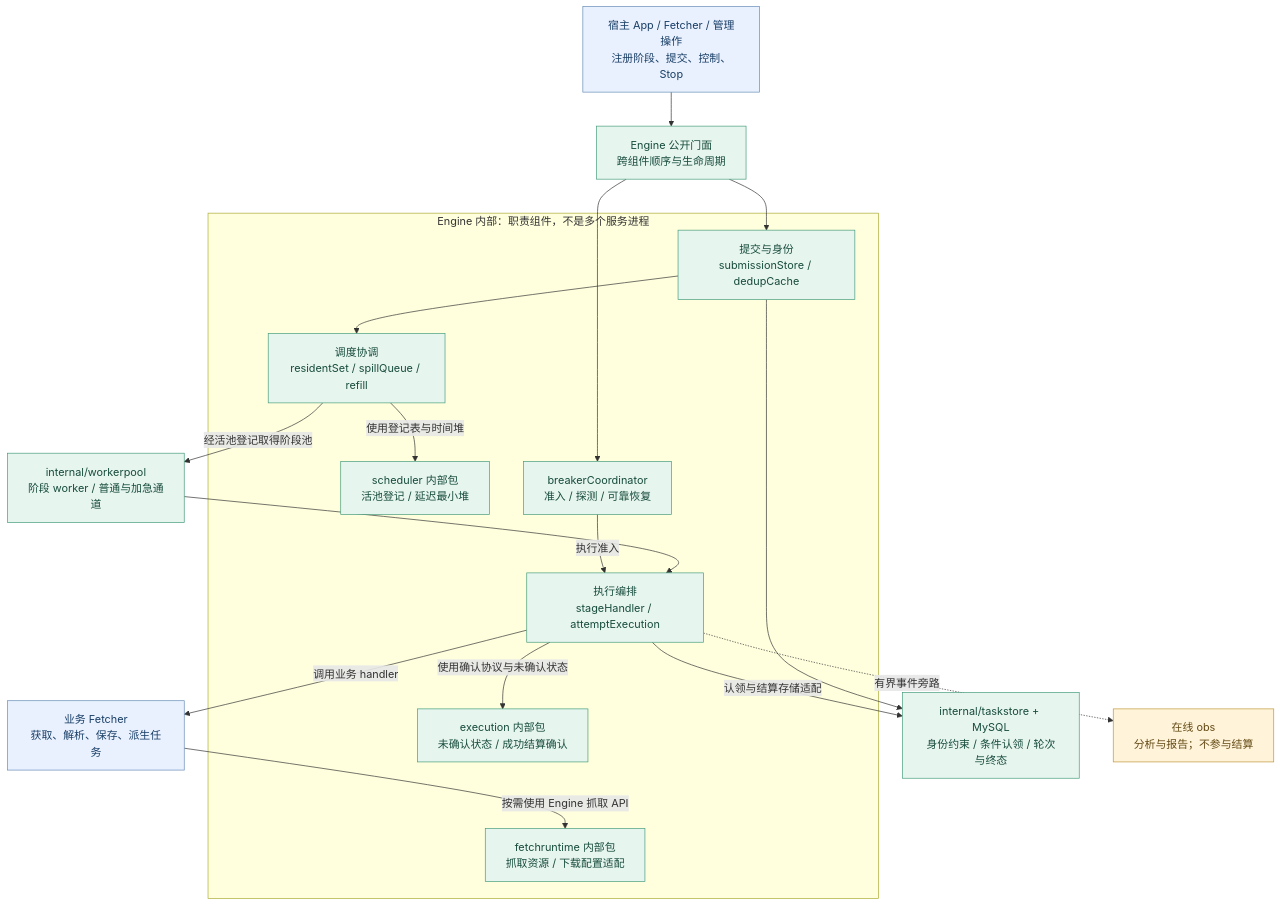
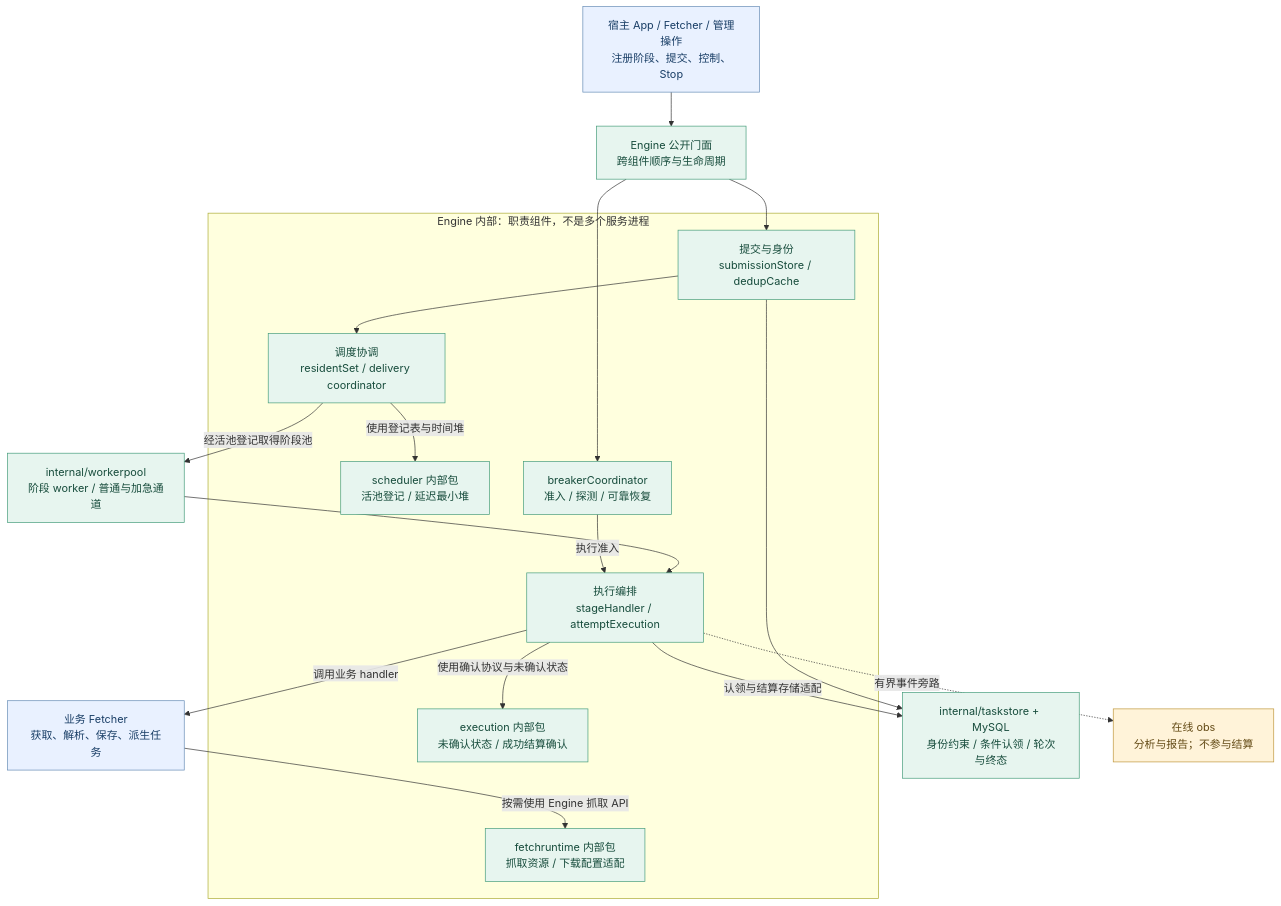
The diagram in docs/assets/diagrams/07-engine-components.mmd (ydtg1993/papa), drawn with Mermaid before and after one commit. The commit also changed 255 other files, not shown here.

```diff
--- a/docs/assets/diagrams/07-engine-components.mmd
+++ b/docs/assets/diagrams/07-engine-components.mmd
@@ -1,28 +1,28 @@
 flowchart TB
     H["宿主 App / Fetcher / 管理操作<br/>注册阶段、提交、控制、Stop"] --> E["Engine 公开门面<br/>跨组件顺序与生命周期"]
     subgraph CORE["Engine 内部：职责组件，不是多个服务进程"]
       S["提交与身份<br/>submissionStore / dedupCache"]
-      Q["调度协调<br/>residentSet / spillQueue / refill"]
+      Q["调度协调<br/>residentSet / delivery coordinator"]
       D["scheduler 内部包<br/>活池登记 / 延迟最小堆"]
       X["执行编排<br/>stageHandler / attemptExecution"]
       P["execution 内部包<br/>未确认状态 / 成功结算确认"]
       B["breakerCoordinator<br/>准入 / 探测 / 可靠恢复"]
       F["fetchruntime 内部包<br/>抓取资源 / 下载配置适配"]
     end
     E --> S --> Q
     Q -->|使用登记表与时间堆| D
     Q -->|经活池登记取得阶段池| W["internal/workerpool<br/>阶段 worker / 普通与加急通道"] --> X
     B -->|执行准入| X
     E --> B
     X -->|使用确认协议与未确认状态| P
     X -->|调用业务 handler| U["业务 Fetcher<br/>获取、解析、保存、派生任务"]
     U -->|按需使用 Engine 抓取 API| F
     S --> T["internal/taskstore + MySQL<br/>身份约束 / 条件认领 / 轮次与终态"]
     X -->|认领与结算存储适配| T
     X -.->|有界事件旁路| O["在线 obs<br/>分析与报告；不参与结算"]
     classDef runtime fill:#e7f5ef,color:#174c3c,stroke:#449c7a;
     classDef business fill:#e9f1ff,color:#193e66,stroke:#658bb5;
     classDef observe fill:#fff3d9,color:#634a15,stroke:#bf963b;
     class E,S,Q,D,X,P,B,F,W,T runtime;
     class H,U business;
     class O observe;
```
